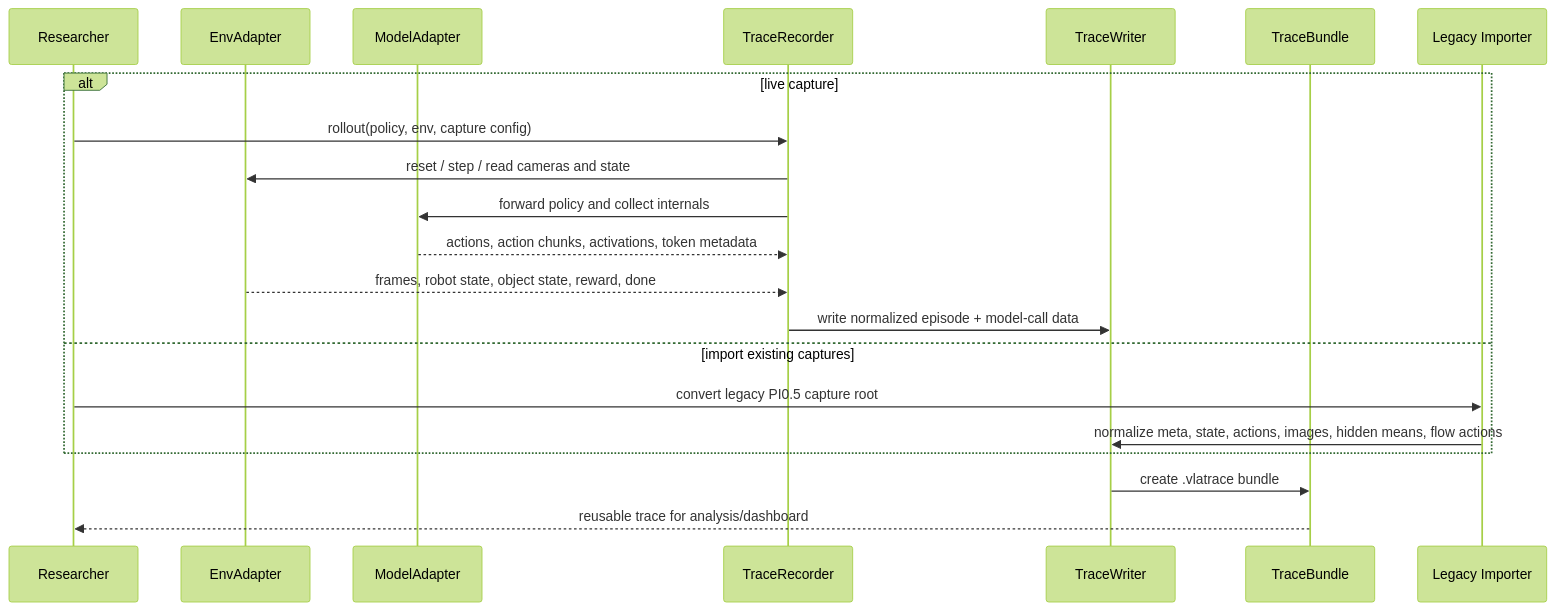
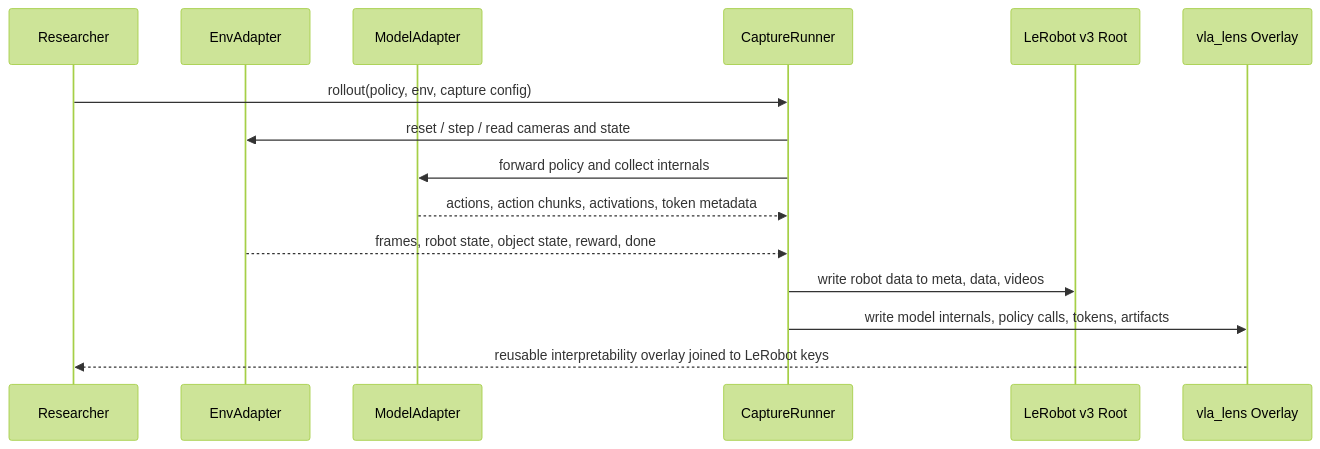
One commit to thajpo/vla-lens changed the second of 7 diagrams in docs/vla-lens-architecture-workflows.md. Above: the diagram before and after it, drawn with Mermaid (forest theme). The commit also changed other lines of this file and 9 other files, not shown here.

````diff
--- a/docs/vla-lens-architecture-workflows.md
+++ b/docs/vla-lens-architecture-workflows.md
@@ -70,25 +85,18 @@
 ```mermaid
 sequenceDiagram
     participant R as Researcher
     participant E as EnvAdapter
     participant M as ModelAdapter
-    participant T as TraceRecorder
-    participant W as TraceWriter
-    participant B as TraceBundle
-    participant I as Legacy Importer
+    participant C as CaptureRunner
+    participant L as LeRobot v3 Root
+    participant O as vla_lens Overlay
 
-    alt live capture
-        R->>T: rollout(policy, env, capture config)
-        T->>E: reset / step / read cameras and state
-        T->>M: forward policy and collect internals
-        M-->>T: actions, action chunks, activations, token metadata
-        E-->>T: frames, robot state, object state, reward, done
-        T->>W: write normalized episode + model-call data
-    else import existing captures
-        R->>I: convert legacy PI0.5 capture root
-        I->>W: normalize meta, state, actions, images, hidden means, flow actions
-    end
-
-    W->>B: create .vlatrace bundle
-    B-->>R: reusable trace for analysis/dashboard
+    R->>C: rollout(policy, env, capture config)
+    C->>E: reset / step / read cameras and state
+    C->>M: forward policy and collect internals
+    M-->>C: actions, action chunks, activations, token metadata
+    E-->>C: frames, robot state, object state, reward, done
+    C->>L: write robot data to meta, data, videos
+    C->>O: write model internals, policy calls, tokens, artifacts
+    O-->>R: reusable interpretability overlay joined to LeRobot keys
 ```
````
